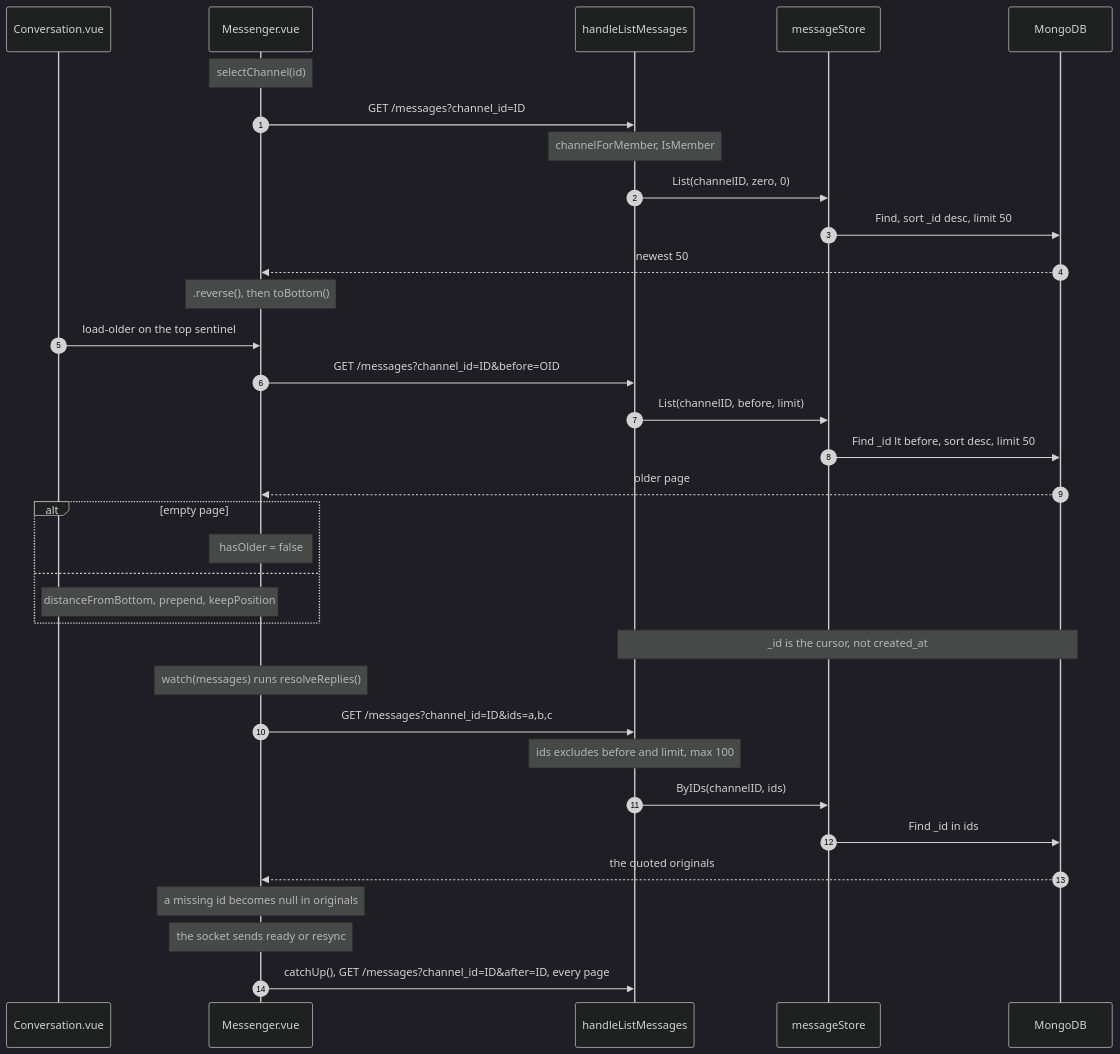
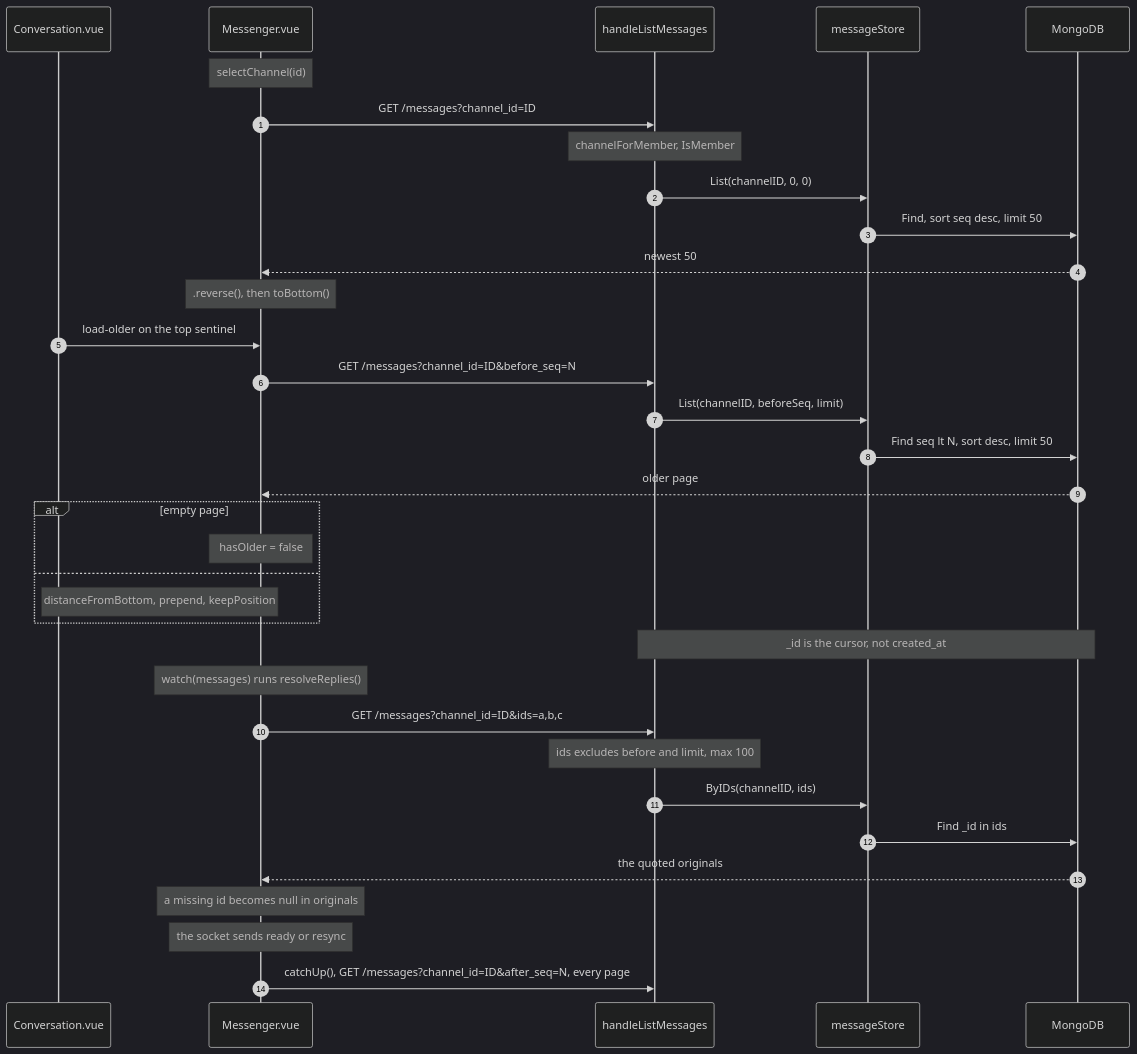
One commit to hdmtrn/nosql-messenger changed the diagram in docs/diagrams/seq-load-history.mmd. Above: the diagram before and after it, drawn with Mermaid (dark theme). The commit also changed 24 other files, not shown here.

```diff
--- a/docs/diagrams/seq-load-history.mmd
+++ b/docs/diagrams/seq-load-history.mmd
@@ -1,42 +1,42 @@
 %% Loading history: first page, older pages, reply originals, catch-up.
 %% See README for the notes referenced by step number.
 %% Sources: web/src/views/Messenger.vue, web/src/views/Conversation.vue,
 %% server/messages_http.go, server/messages.go
 sequenceDiagram
   autonumber
   participant CV as Conversation.vue
   participant MG as Messenger.vue
   participant H as handleListMessages
   participant MS as messageStore
   participant M as MongoDB
 
   Note over MG: selectChannel(id)
   MG->>H: GET /messages?channel_id=ID
   Note over H: channelForMember, IsMember
-  H->>MS: List(channelID, zero, 0)
-  MS->>M: Find, sort _id desc, limit 50
+  H->>MS: List(channelID, 0, 0)
+  MS->>M: Find, sort seq desc, limit 50
   M-->>MG: newest 50
   Note over MG: .reverse(), then toBottom()
 
   CV->>MG: load-older on the top sentinel
-  MG->>H: GET /messages?channel_id=ID&before=OID
-  H->>MS: List(channelID, before, limit)
-  MS->>M: Find _id lt before, sort desc, limit 50
+  MG->>H: GET /messages?channel_id=ID&before_seq=N
+  H->>MS: List(channelID, beforeSeq, limit)
+  MS->>M: Find seq lt N, sort desc, limit 50
   M-->>MG: older page
   alt empty page
     Note over MG: hasOlder = false
   else
     Note over CV,MG: distanceFromBottom, prepend, keepPosition
   end
   Note over H,M: _id is the cursor, not created_at
 
   Note over MG: watch(messages) runs resolveReplies()
   MG->>H: GET /messages?channel_id=ID&ids=a,b,c
   Note over H: ids excludes before and limit, max 100
   H->>MS: ByIDs(channelID, ids)
   MS->>M: Find _id in ids
   M-->>MG: the quoted originals
   Note over MG: a missing id becomes null in originals
 
   Note over MG: the socket sends ready or resync
-  MG->>H: catchUp(), GET /messages?channel_id=ID&after=ID, every page
+  MG->>H: catchUp(), GET /messages?channel_id=ID&after_seq=N, every page
```
